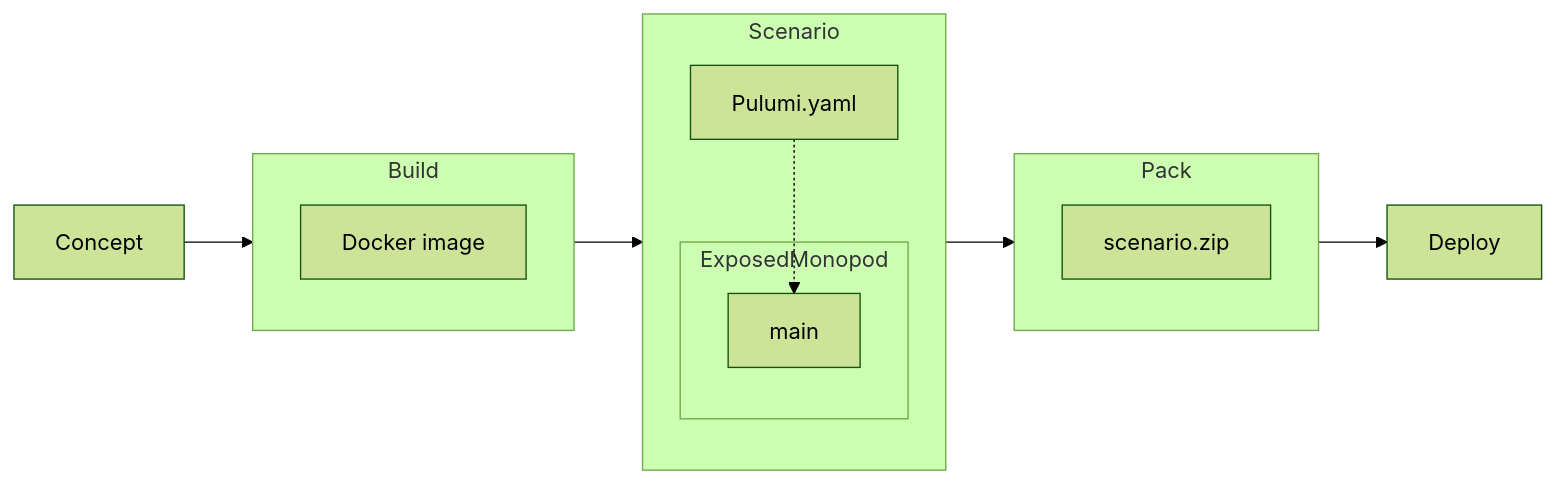
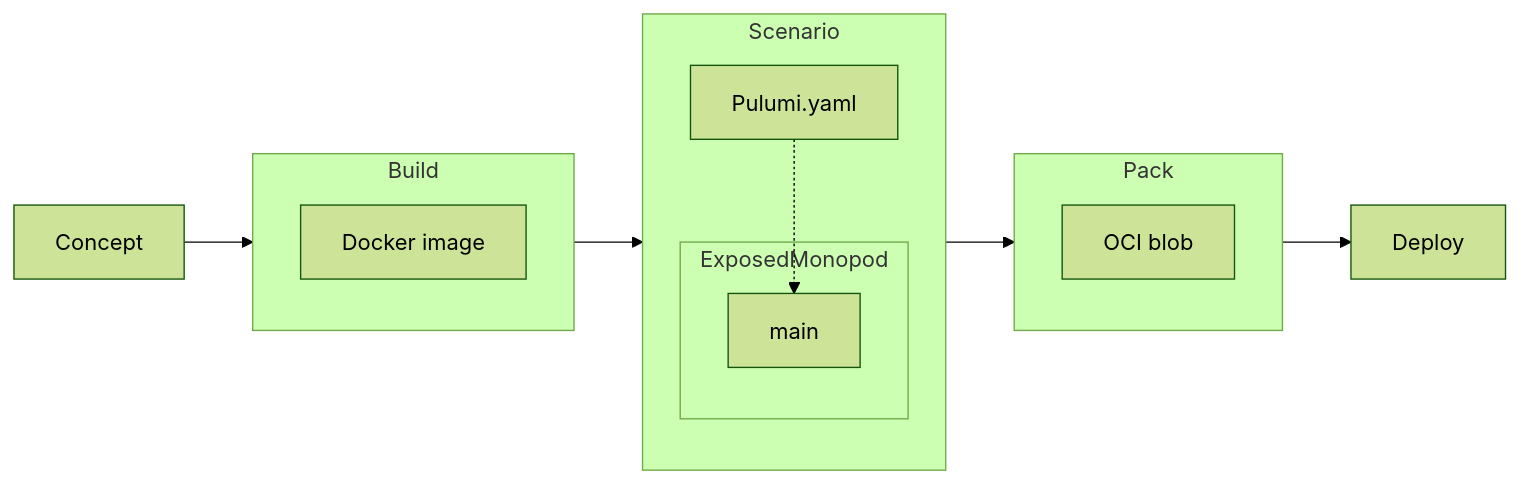
Before and after one commit to ctfer-io/chall-manager: the first of 2 diagrams in webdocs/tutorials/a-complete-example/index.md, drawn with Mermaid (forest theme). The commit also changed other lines of this file and 24 other files, not shown here.

````diff
--- a/webdocs/tutorials/a-complete-example/index.md
+++ b/webdocs/tutorials/a-complete-example/index.md
@@ -11,23 +11,23 @@
 ```mermaid
 flowchart LR
     Concept --> Build
     Build --> Scenario
     Scenario --> Pack
     Pack --> Deploy
 
     subgraph Build
         B1["Docker image"]
     end
 
     subgraph Scenario
         S1["Pulumi.yaml"]
         subgraph ExposedMonopod
             S2["main"]
         end
         S1 -.-> S2
     end
 
     subgraph Pack
-        P1["scenario.zip"]
+        P1["OCI blob"]
     end
 ```
````
